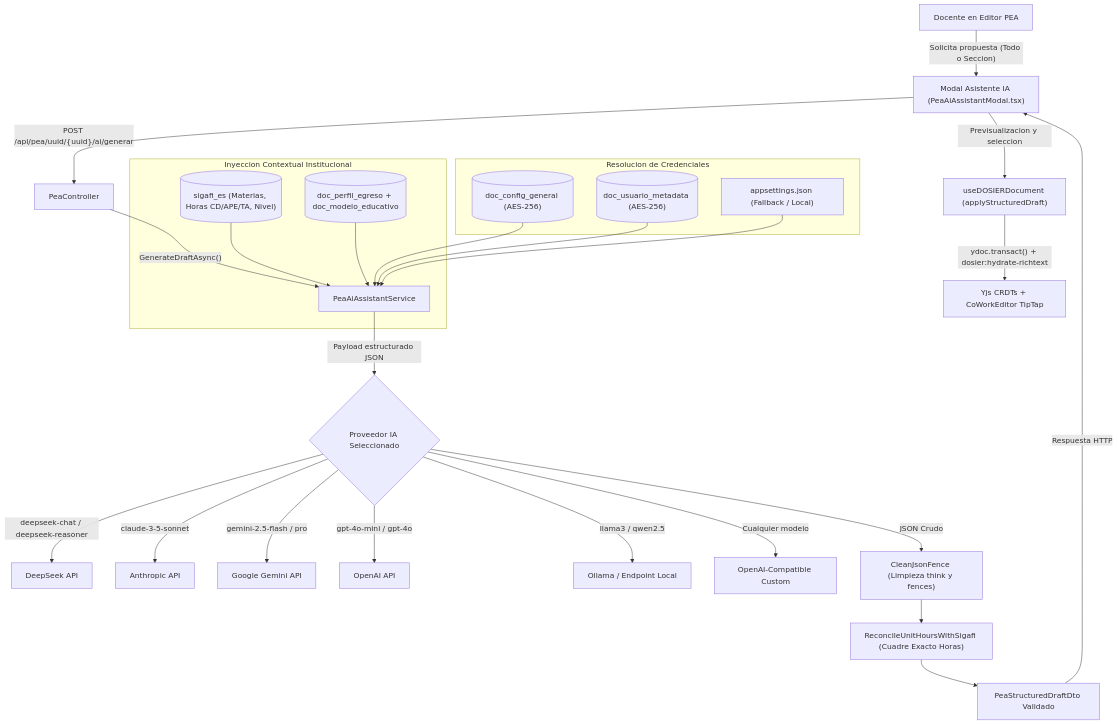
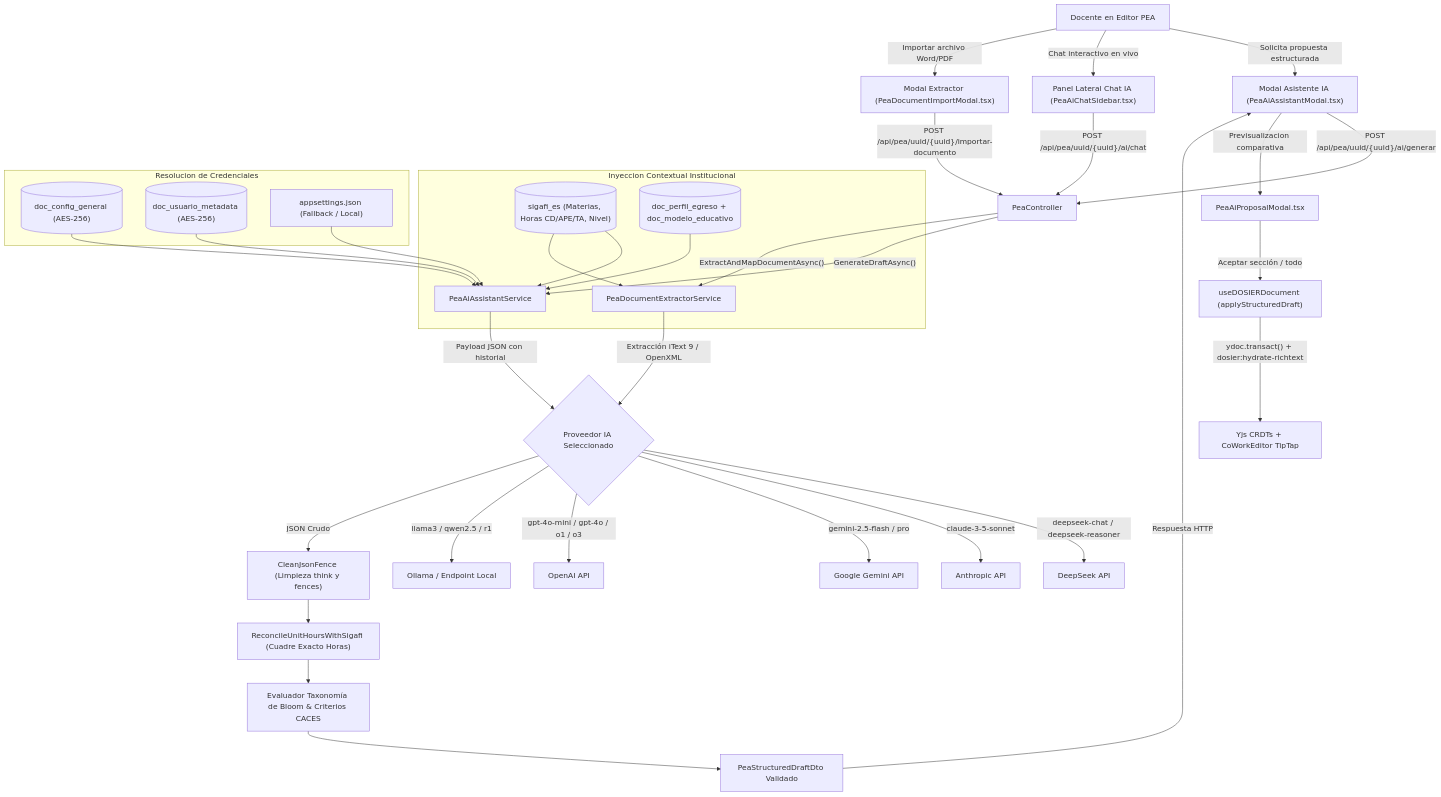
The diagram in docs/documentacion/03-motores-especializados/06-motor-asistente-curricular-ia.md (JorgeDoicela/dosier), drawn with Mermaid before and after one commit. The commit also changed other lines of this file and 10 other files, not shown here.

````diff
--- a/docs/documentacion/03-motores-especializados/06-motor-asistente-curricular-ia.md
+++ b/docs/documentacion/03-motores-especializados/06-motor-asistente-curricular-ia.md
@@ -7,32 +9,43 @@
 ```mermaid
 flowchart TD
-    Docente["Docente en Editor PEA"] -->|"Solicita propuesta (Todo o Seccion)"| UI["Modal Asistente IA (PeaAiAssistantModal.tsx)"]
+    Docente["Docente en Editor PEA"] -->|"Solicita propuesta estructurada"| UI["Modal Asistente IA (PeaAiAssistantModal.tsx)"]
+    Docente -->|"Chat interactivo en vivo"| ChatUI["Panel Lateral Chat IA (PeaAiChatSidebar.tsx)"]
+    Docente -->|"Importar archivo Word/PDF"| ImportUI["Modal Extractor (PeaDocumentImportModal.tsx)"]
+    
     UI -->|"POST /api/pea/uuid/{uuid}/ai/generar"| Controller["PeaController"]
-    Controller -->|"GenerateDraftAsync()"| Service["PeaAiAssistantService"]
+    ChatUI -->|"POST /api/pea/uuid/{uuid}/ai/chat"| Controller
+    ImportUI -->|"POST /api/pea/uuid/{uuid}/importar-documento"| Controller
+
+    Controller -->|"GenerateDraftAsync()"| AIService["PeaAiAssistantService"]
+    Controller -->|"ExtractAndMapDocumentAsync()"| ExtractorService["PeaDocumentExtractorService"]
     
     subgraph ContextoAcademico ["Inyeccion Contextual Institucional"]
-        DB_SIGAFI[("sigafi_es (Materias, Horas CD/APE/TA, Nivel)")] --> Service
-        DB_DOSIER[("doc_perfil_egreso + doc_modelo_educativo")] --> Service
+        DB_SIGAFI[("sigafi_es (Materias, Horas CD/APE/TA, Nivel)")] --> AIService
+        DB_SIGAFI --> ExtractorService
+        DB_DOSIER[("doc_perfil_egreso + doc_modelo_educativo")] --> AIService
     end
 
     subgraph BovedaCriptografica ["Resolucion de Credenciales"]
-        ConfigGlobal[("doc_config_general (AES-256)")] --> Service
-        ConfigUser[("doc_usuario_metadata (AES-256)")] --> Service
-        AppSettings["appsettings.json (Fallback / Local)"] --> Service
+        ConfigGlobal[("doc_config_general (AES-256)")] --> AIService
+        ConfigUser[("doc_usuario_metadata (AES-256)")] --> AIService
+        AppSettings["appsettings.json (Fallback / Local)"] --> AIService
     end
 
-    Service -->|"Payload estructurado JSON"| LLM{"Proveedor IA Seleccionado"}
+    AIService -->|"Payload JSON con historial"| LLM{"Proveedor IA Seleccionado"}
+    ExtractorService -->|"Extracción iText 9 / OpenXML"| LLM
+    
     LLM -->|"deepseek-chat / deepseek-reasoner"| DeepSeek["DeepSeek API"]
     LLM -->|"claude-3-5-sonnet"| Anthropic["Anthropic API"]
     LLM -->|"gemini-2.5-flash / pro"| Gemini["Google Gemini API"]
-    LLM -->|"gpt-4o-mini / gpt-4o"| OpenAI["OpenAI API"]
-    LLM -->|"llama3 / qwen2.5"| Ollama["Ollama / Endpoint Local"]
-    LLM -->|"Cualquier modelo"| Custom["OpenAI-Compatible Custom"]
+    LLM -->|"gpt-4o-mini / gpt-4o / o1 / o3"| OpenAI["OpenAI API"]
+    LLM -->|"llama3 / qwen2.5 / r1"| Ollama["Ollama / Endpoint Local"]
 
     LLM -->|"JSON Crudo"| Clean["CleanJsonFence (Limpieza think y fences)"]
     Clean --> Reconcile["ReconcileUnitHoursWithSigafi (Cuadre Exacto Horas)"]
-    Reconcile --> DTO["PeaStructuredDraftDto Validado"]
+    Reconcile --> Bloom["Evaluador Taxonomía de Bloom & Criterios CACES"]
+    Bloom --> DTO["PeaStructuredDraftDto Validado"]
     DTO -->|"Respuesta HTTP"| UI
-    UI -->|"Previsualizacion y seleccion"| Hydrate["useDOSIERDocument (applyStructuredDraft)"]
+    UI -->|"Previsualizacion comparativa"| ProposalModal["PeaAiProposalModal.tsx"]
+    ProposalModal -->|"Aceptar sección / todo"| Hydrate["useDOSIERDocument (applyStructuredDraft)"]
     Hydrate -->|"ydoc.transact() + dosier:hydrate-richtext"| Yjs["Yjs CRDTs + CoWorkEditor TipTap"]
 ```
````
